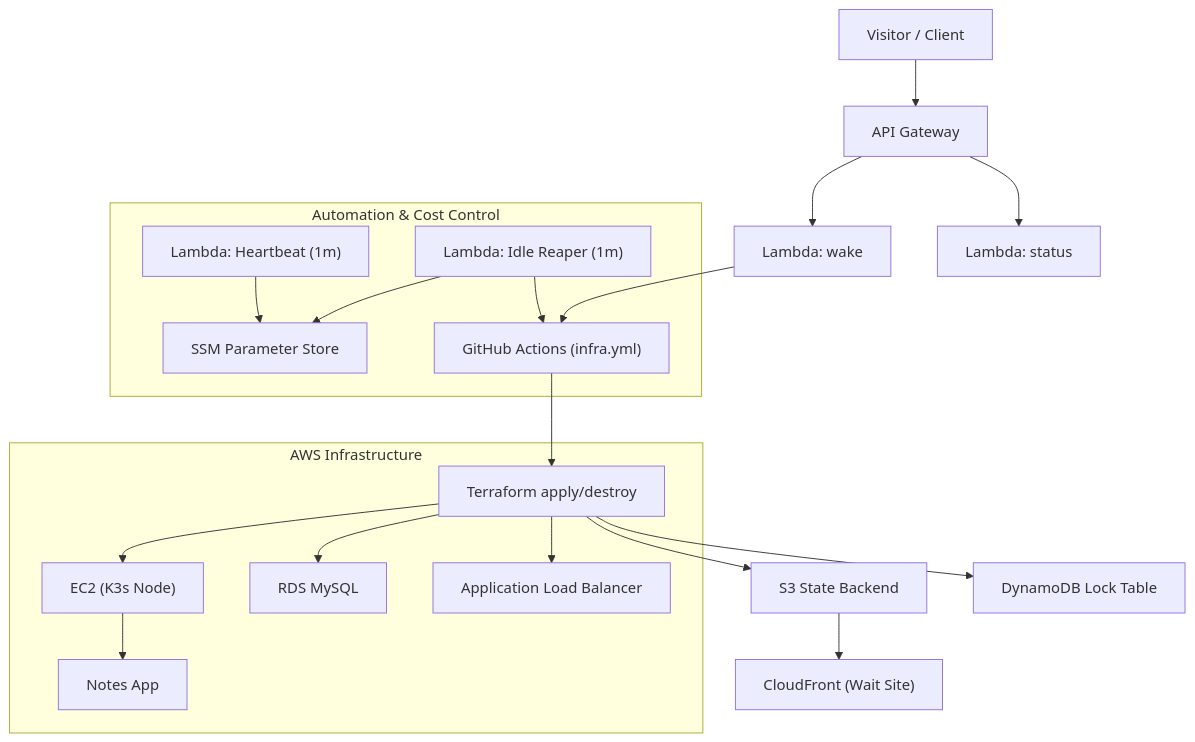
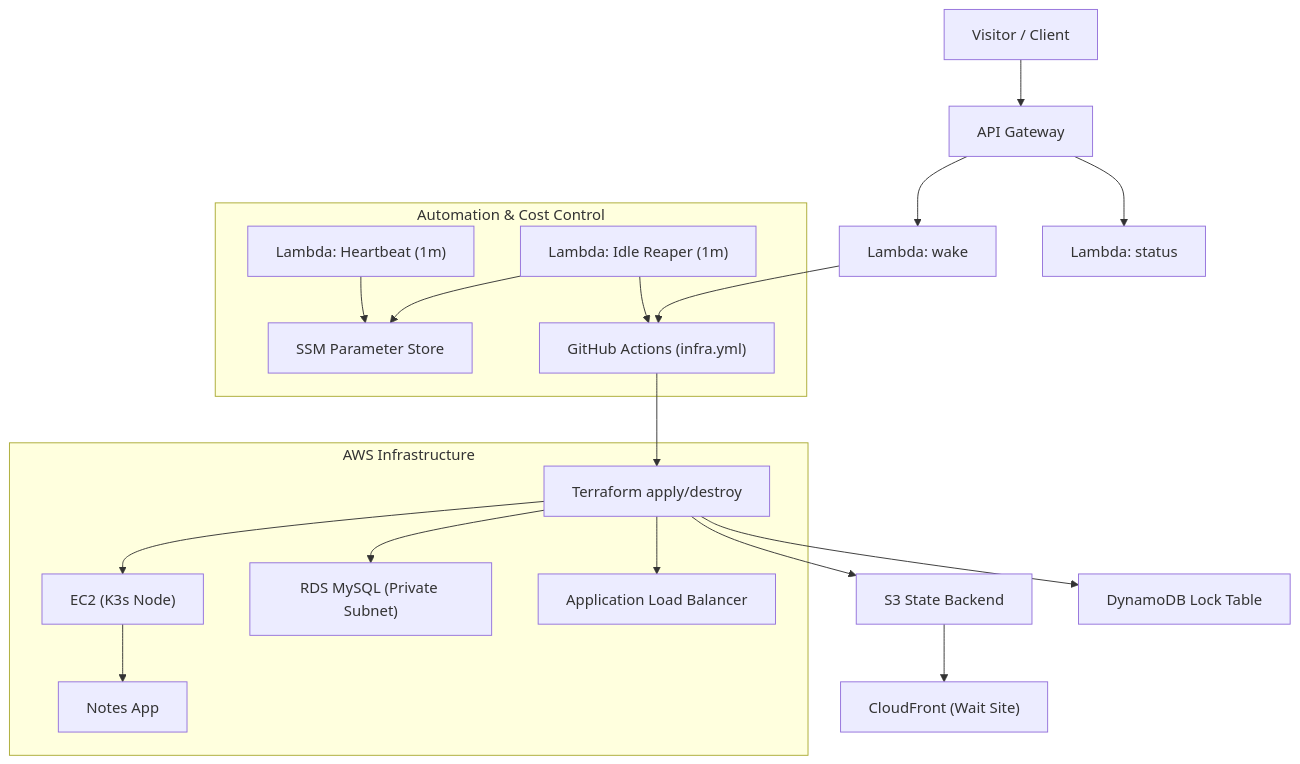
One commit to rusets/aws-multi-tier-infra changed the diagram in README.md. Above: the diagram before and after it, drawn with Mermaid. The commit also changed other lines of this file, not shown here.

Commit message:
docs: fix Mermaid diagram rendering on GitHub

````diff
--- a/README.md
+++ b/README.md
@@ -12,27 +12,27 @@
 ```mermaid
 flowchart TD
   U["Visitor / Client"] --> GW["API Gateway"]
   GW --> W["Lambda: wake"]
   GW --> S["Lambda: status"]
   W  --> GH["GitHub Actions (infra.yml)"]
   GH --> TF["Terraform apply/destroy"]
 
   subgraph AWS["AWS Infrastructure"]
     TF --> EC2["EC2 (K3s Node)"]
-    TF --> DB["RDS MySQL"]
+    TF --> DB["RDS MySQL (Private Subnet)"]
     TF --> ALB["Application Load Balancer"]
     EC2 --> APP["Notes App"]
   end
 
   subgraph AUTO["Automation & Cost Control"]
     HB["Lambda: Heartbeat (1m)"]
     IR["Lambda: Idle Reaper (1m)"]
     HB --> SSM["SSM Parameter Store"]
     IR --> SSM
     IR --> GH
   end
 
   TF --> S3["S3 State Backend"]
   TF --> DDB["DynamoDB Lock Table"]
   S3 --> CF["CloudFront (Wait Site)"]
 ```
````
